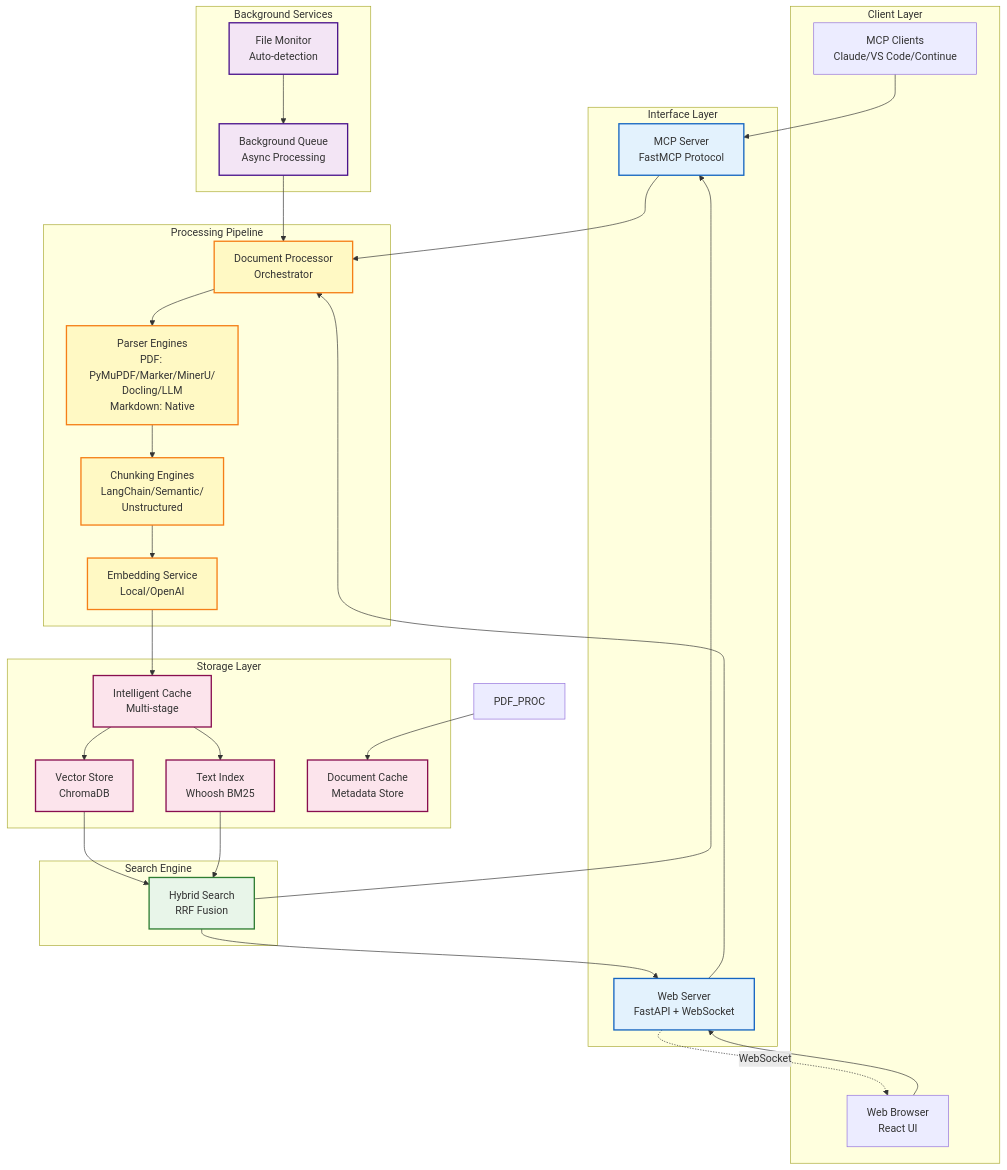
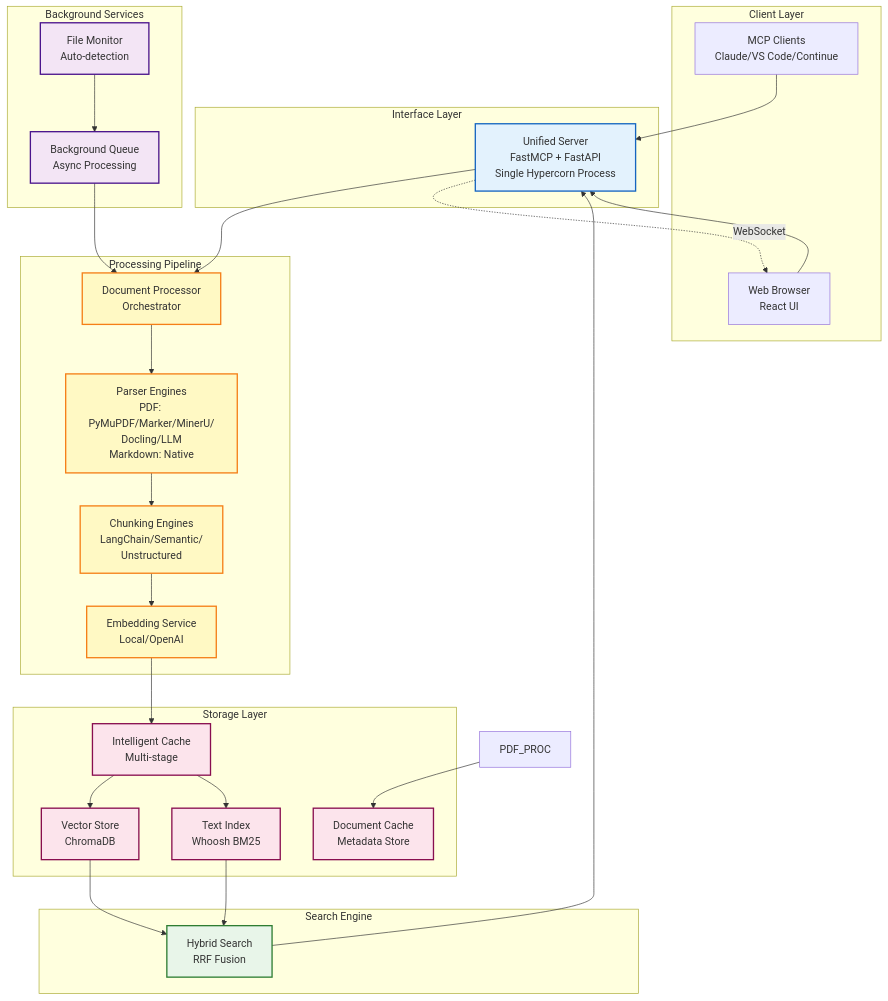
One commit to tekgnosis-net/pdfkb-mcp changed the first of 5 diagrams in docs/design.md. Above: the diagram before and after it, drawn with Mermaid. The commit also changed other lines of this file and 12 other files, not shown here.

````diff
--- a/docs/design.md
+++ b/docs/design.md
@@ -11,74 +11,71 @@
 ```mermaid
 graph TB
     subgraph "Client Layer"
         MCP_CLIENT[MCP Clients<br/>Claude/VS Code/Continue]
         WEB_CLIENT[Web Browser<br/>React UI]
     end
 
     subgraph "Interface Layer"
-        MCP_SERVER[MCP Server<br/>FastMCP Protocol]
-        WEB_SERVER[Web Server<br/>FastAPI + WebSocket]
+        UNIFIED_SERVER[Unified Server<br/>FastMCP + FastAPI<br/>Single Hypercorn Process]
     end
 
     subgraph "Processing Pipeline"
         DOC_PROC[Document Processor<br/>Orchestrator]
         PARSERS[Parser Engines<br/>PDF: PyMuPDF/Marker/MinerU/<br/>Docling/LLM<br/>Markdown: Native]
         CHUNKERS[Chunking Engines<br/>LangChain/Semantic/<br/>Unstructured]
         EMBED[Embedding Service<br/>Local/OpenAI]
     end
 
     subgraph "Storage Layer"
         CACHE[Intelligent Cache<br/>Multi-stage]
         VECTOR_DB[Vector Store<br/>ChromaDB]
         TEXT_IDX[Text Index<br/>Whoosh BM25]
         DOC_CACHE[Document Cache<br/>Metadata Store]
     end
 
     subgraph "Search Engine"
         HYBRID[Hybrid Search<br/>RRF Fusion]
     end
 
     subgraph "Background Services"
         QUEUE[Background Queue<br/>Async Processing]
         MONITOR[File Monitor<br/>Auto-detection]
     end
 
-    MCP_CLIENT --> MCP_SERVER
-    WEB_CLIENT --> WEB_SERVER
+    MCP_CLIENT --> UNIFIED_SERVER
+    WEB_CLIENT --> UNIFIED_SERVER
 
-    MCP_SERVER --> DOC_PROC
-    WEB_SERVER --> DOC_PROC
+    UNIFIED_SERVER --> DOC_PROC
 
     DOC_PROC --> PARSERS
     PARSERS --> CHUNKERS
     CHUNKERS --> EMBED
 
     EMBED --> CACHE
     CACHE --> VECTOR_DB
     CACHE --> TEXT_IDX
 
     PDF_PROC --> DOC_CACHE
 
     VECTOR_DB --> HYBRID
     TEXT_IDX --> HYBRID
 
-    HYBRID --> MCP_SERVER
-    HYBRID --> WEB_SERVER
+    HYBRID --> UNIFIED_SERVER
 
     QUEUE --> DOC_PROC
     MONITOR --> QUEUE
 
-    WEB_SERVER -.->|WebSocket| WEB_CLIENT
+    UNIFIED_SERVER -.->|WebSocket| WEB_CLIENT
 
     classDef interface fill:#e3f2fd,stroke:#1565c0,stroke-width:2px
     classDef processing fill:#fff9c4,stroke:#f57f17,stroke-width:2px
     classDef storage fill:#fce4ec,stroke:#880e4f,stroke-width:2px
     classDef search fill:#e8f5e9,stroke:#2e7d32,stroke-width:2px
     classDef background fill:#f3e5f5,stroke:#4a148c,stroke-width:2px
 
-    class MCP_SERVER,WEB_SERVER interface
+    class UNIFIED_SERVER interface
     class DOC_PROC,PARSERS,CHUNKERS,EMBED processing
     class CACHE,VECTOR_DB,TEXT_IDX,DOC_CACHE storage
     class HYBRID search
     class QUEUE,MONITOR background
 ```
````
